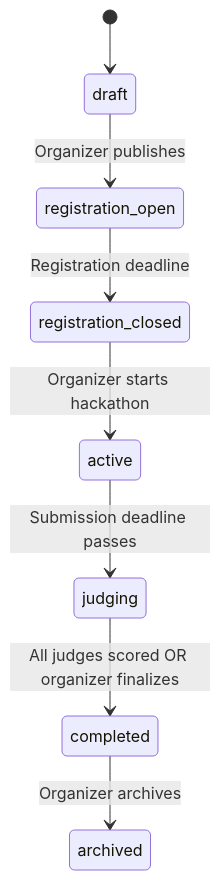
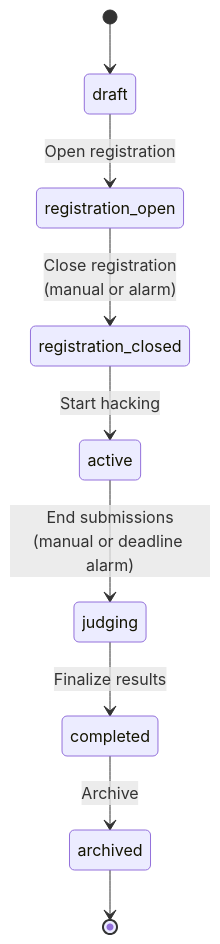
The first of 4 diagrams in docs/v3/architecture/02-hackathon-lifecycle.md (devangshupandey2025-stack/DevSage), drawn with Mermaid before and after one commit. The commit also changed other lines of this file and 30 other files, not shown here.

First line of the commit message:
docs: rewrite v3 architecture docs to match current system

````diff
--- a/docs/v3/architecture/02-hackathon-lifecycle.md
+++ b/docs/v3/architecture/02-hackathon-lifecycle.md
@@ -11,10 +31,11 @@
 ```mermaid
 stateDiagram-v2
     [*] --> draft
-    draft --> registration_open : Organizer publishes
-    registration_open --> registration_closed : Registration deadline
-    registration_closed --> active : Organizer starts hackathon
-    active --> judging : Submission deadline passes
-    judging --> completed : All judges scored OR organizer finalizes
-    completed --> archived : Organizer archives
+    draft --> registration_open : Open registration
+    registration_open --> registration_closed : Close registration<br/>(manual or alarm)
+    registration_closed --> active : Start hacking
+    active --> judging : End submissions<br/>(manual or deadline alarm)
+    judging --> completed : Finalize results
+    completed --> archived : Archive
+    archived --> [*]
 ```
````
